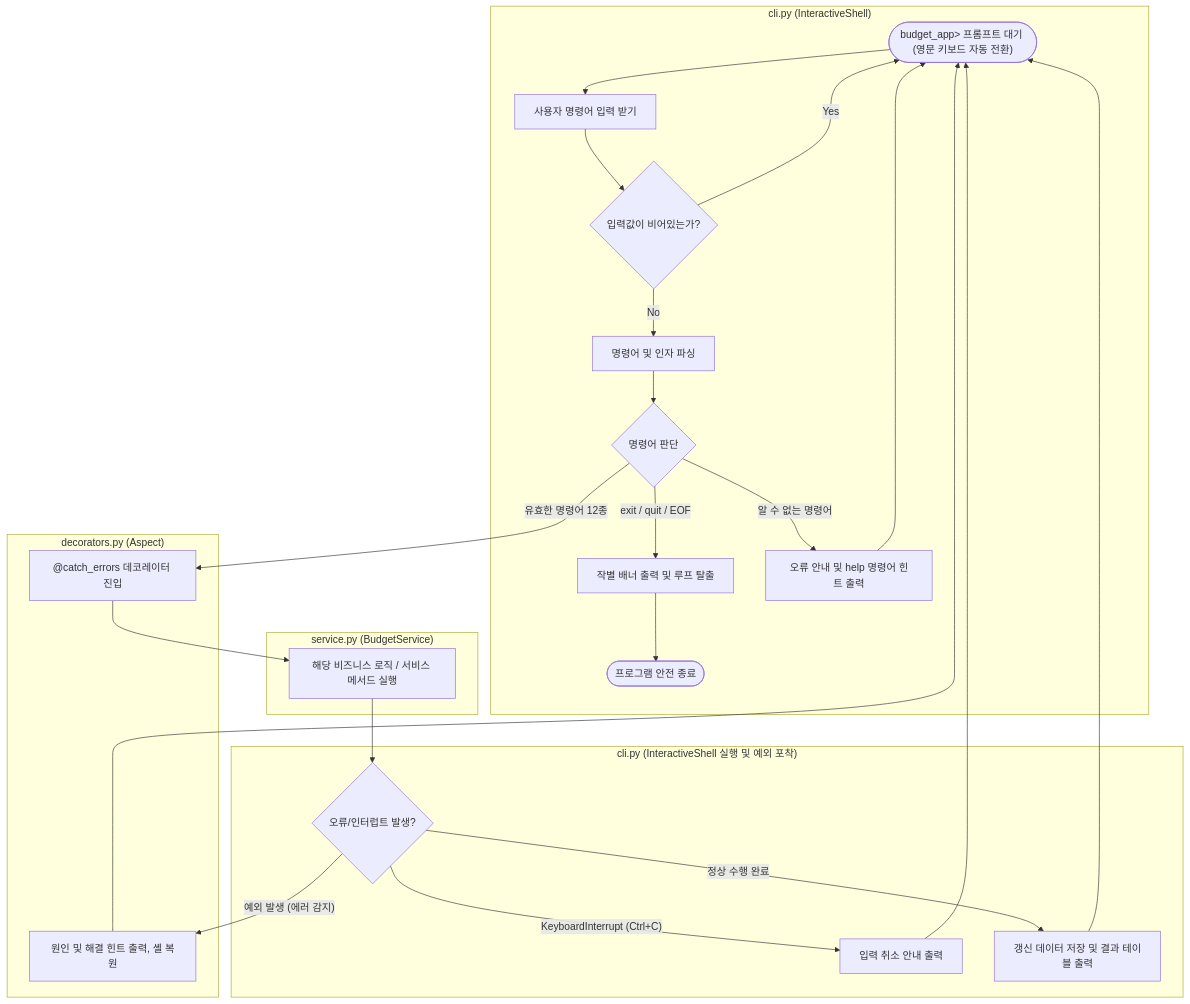
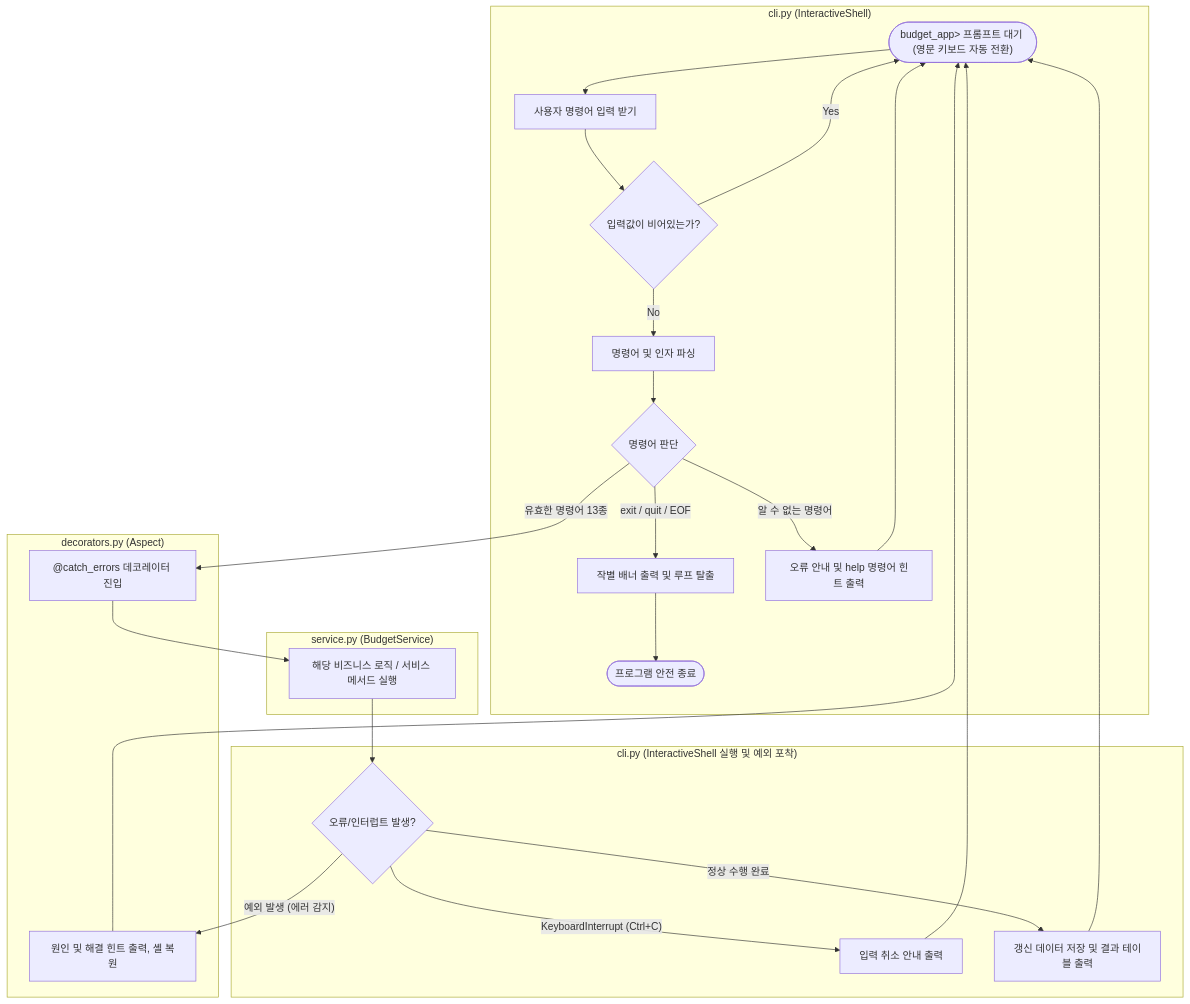
Before and after one commit to ntt65/codyssey: the third of 5 diagrams in b2_1/README.md, drawn with Mermaid. The commit also changed other lines of this file, not shown here.

Commit message:
b2_1:README.md>>중복 흐름도 삭제 및 차단 흐름도 재정렬, 명령어 수량 보정

````diff
--- a/b2_1/README.md
+++ b/b2_1/README.md
@@ -352,40 +352,40 @@
 ```mermaid
 %%{init: {'themeVariables': { 'fontSize': '16px' }}}%%
 flowchart TD
     subgraph CLI ["cli.py (InteractiveShell)"]
         Prompt(["budget_app> 프롬프트 대기 (영문 키보드 자동 전환)"]) --> GetInput[사용자 명령어 입력 받기]
         GetInput --> CheckEmpty{입력값이 비어있는가?}
         CheckEmpty -- Yes --> Prompt
         CheckEmpty -- No --> ParseInput[명령어 및 인자 파싱]
         
         ParseInput --> CheckCommand{명령어 판단}
         
         CheckCommand -->|exit / quit / EOF| ExitShell[작별 배너 출력 및 루프 탈출]
         ExitShell --> End([프로그램 안전 종료])
         
         CheckCommand -->|알 수 없는 명령어| ErrCommand[오류 안내 및 help 명령어 힌트 출력]
         ErrCommand --> Prompt
     end
     
     subgraph Decorators ["decorators.py (Aspect)"]
-        CheckCommand -->|유효한 명령어 12종| Decorator["@catch_errors 데코레이터 진입"]
+        CheckCommand -->|유효한 명령어 13종| Decorator["@catch_errors 데코레이터 진입"]
         
         PrintErr[원인 및 해결 힌트 출력, 셸 복원] --> Prompt
     end
     
     subgraph Service ["service.py (BudgetService)"]
         Decorator --> ExecCommand[해당 비즈니스 로직 / 서비스 메서드 실행]
     end
     
     subgraph CLI_Exec ["cli.py (InteractiveShell 실행 및 예외 포착)"]
         ExecCommand --> CheckStatus{오류/인터럽트 발생?}
         
         CheckStatus -- KeyboardInterrupt (Ctrl+C) --> CancelInput[입력 취소 안내 출력]
         CancelInput --> Prompt
         
         CheckStatus -- 예외 발생 (에러 감지) --> PrintErr
         
         CheckStatus -- 정상 수행 완료 --> SaveAndShow[갱신 데이터 저장 및 결과 테이블 출력]
         SaveAndShow --> Prompt
     end
 ```
````
